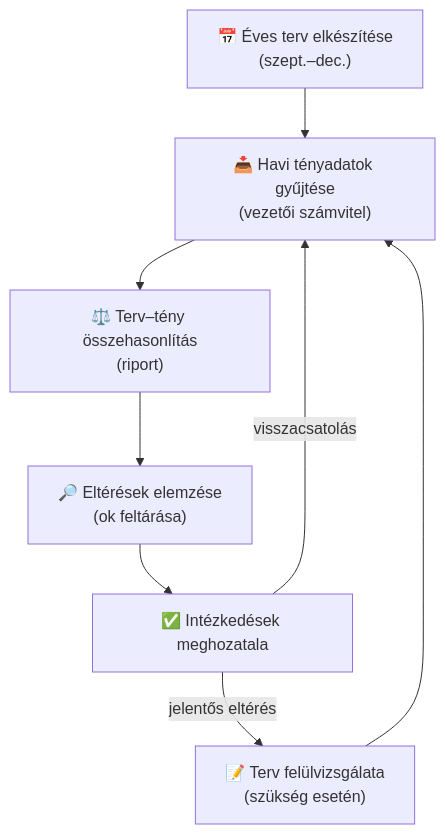
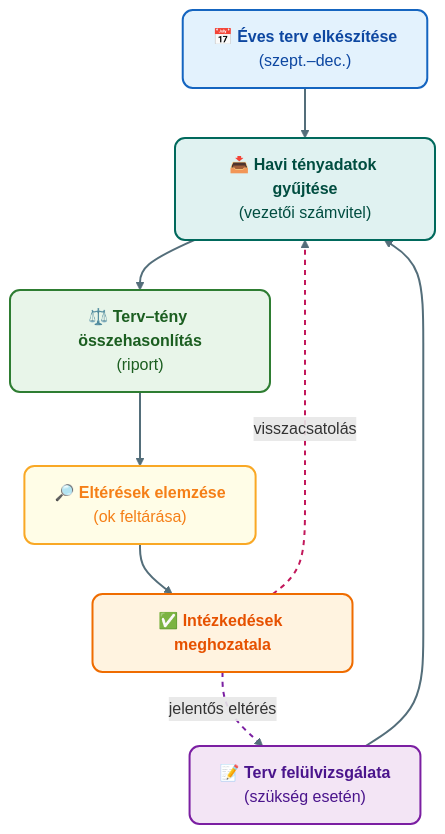
One commit to denespocsik/MM_BSC_Zarovizsga changed the second of 2 diagrams in Tételek/K18-GIXVS2MBLF-Stratégiai és operatív controlling.tétel.md. Above: the diagram before and after it, drawn with Mermaid. The commit also changed other lines of this file and 34 other files, not shown here.

First line of the commit message:
style(tételek): egységes vizuális arculat a Mermaid-diagramokhoz

````diff
--- a/Tételek/K18-GIXVS2MBLF-Stratégiai és operatív controlling.tétel.md
+++ b/Tételek/K18-GIXVS2MBLF-Stratégiai és operatív controlling.tétel.md
@@ -43,13 +52,24 @@
 ```mermaid
 flowchart TD
-    A["📅 Éves terv elkészítése<br/>(szept.–dec.)"]
-    B["📥 Havi tényadatok gyűjtése<br/>(vezetői számvitel)"]
-    C["⚖️ Terv–tény összehasonlítás<br/>(riport)"]
-    D["🔎 Eltérések elemzése<br/>(ok feltárása)"]
-    E["✅ Intézkedések meghozatala"]
-    F["📝 Terv felülvizsgálata<br/>(szükség esetén)"]
+    A["📅 <b>Éves terv elkészítése</b><br/>(szept.–dec.)"]:::kek
+    B["📥 <b>Havi tényadatok gyűjtése</b><br/>(vezetői számvitel)"]:::turkiz
+    C["⚖️ <b>Terv–tény összehasonlítás</b><br/>(riport)"]:::zold
+    D["🔎 <b>Eltérések elemzése</b><br/>(ok feltárása)"]:::sarga
+    E["✅ <b>Intézkedések meghozatala</b>"]:::narancs
+    F["📝 <b>Terv felülvizsgálata</b><br/>(szükség esetén)"]:::lila
 
     A --> B --> C --> D --> E
     E -->|"visszacsatolás"| B
     E -->|"jelentős eltérés"| F --> B
+
+    classDef kek     fill:#e3f2fd,stroke:#1565c0,stroke-width:2px,color:#0d47a1,rx:10,ry:10;
+    classDef zold    fill:#e8f5e9,stroke:#2e7d32,stroke-width:2px,color:#1b5e20,rx:10,ry:10;
+    classDef narancs fill:#fff3e0,stroke:#ef6c00,stroke-width:2px,color:#e65100,rx:10,ry:10;
+    classDef lila    fill:#f3e5f5,stroke:#7b1fa2,stroke-width:2px,color:#4a148c,rx:10,ry:10;
+    classDef turkiz  fill:#e0f2f1,stroke:#00695c,stroke-width:2px,color:#004d40,rx:10,ry:10;
+    classDef sarga   fill:#fffde7,stroke:#f9a825,stroke-width:2px,color:#f57f17,rx:10,ry:10;
+
+    linkStyle default stroke:#546e7a,stroke-width:2px;
+    linkStyle 4 stroke:#c2185b,stroke-width:2px,stroke-dasharray: 5 5;
+    linkStyle 5 stroke:#7b1fa2,stroke-width:2px,stroke-dasharray: 5 5;
 ```
````
